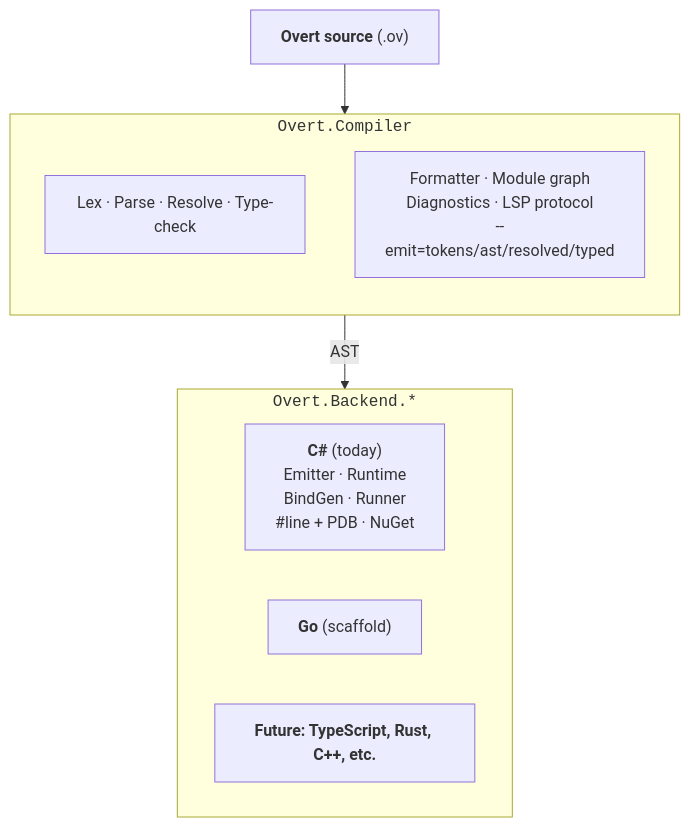
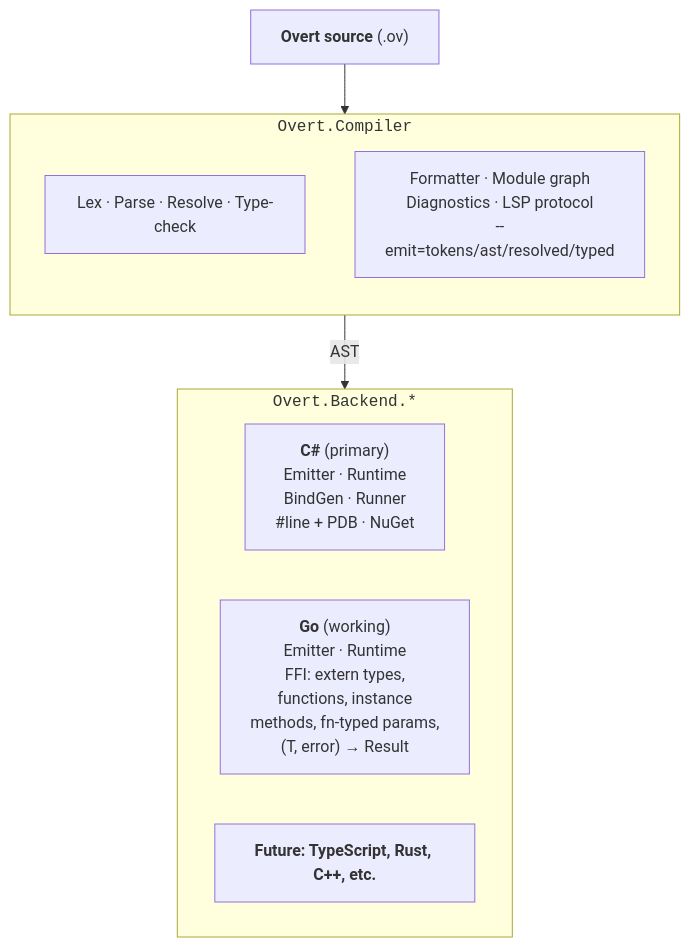
One commit to paulmooreparks/Overt changed the diagram in README.md. Above: the diagram before and after it, drawn with Mermaid. The commit also changed other lines of this file, not shown here.

````diff
--- a/README.md
+++ b/README.md
@@ -127,20 +127,20 @@
 ```mermaid
 flowchart TB
     src["<b>Overt source</b> (.ov)"]
 
     subgraph tier1 ["<code>Overt.Compiler</code>"]
         direction TB
         pipe["Lex · Parse · Resolve · Type-check"]
         shared["Formatter · Module graph<br/>Diagnostics · LSP protocol<br/>--emit=tokens/ast/resolved/typed"]
     end
 
     subgraph tier2 ["<code>Overt.Backend.*</code>"]
         direction LR
-        cs["<b>C#</b> (today)<br/>Emitter · Runtime<br/>BindGen · Runner<br/>#line + PDB · NuGet"]
-        go["<b>Go</b> (scaffold)"]
+        cs["<b>C#</b> (primary)<br/>Emitter · Runtime<br/>BindGen · Runner<br/>#line + PDB · NuGet"]
+        go["<b>Go</b> (working)<br/>Emitter · Runtime<br/>FFI: extern types,<br/>functions, instance<br/>methods, fn-typed params,<br/>(T, error) → Result"]
         future["<b>Future: TypeScript, Rust, C++, etc.</b>"]
     end
 
     src --> tier1
     tier1 -->|AST| tier2
 ```
````
